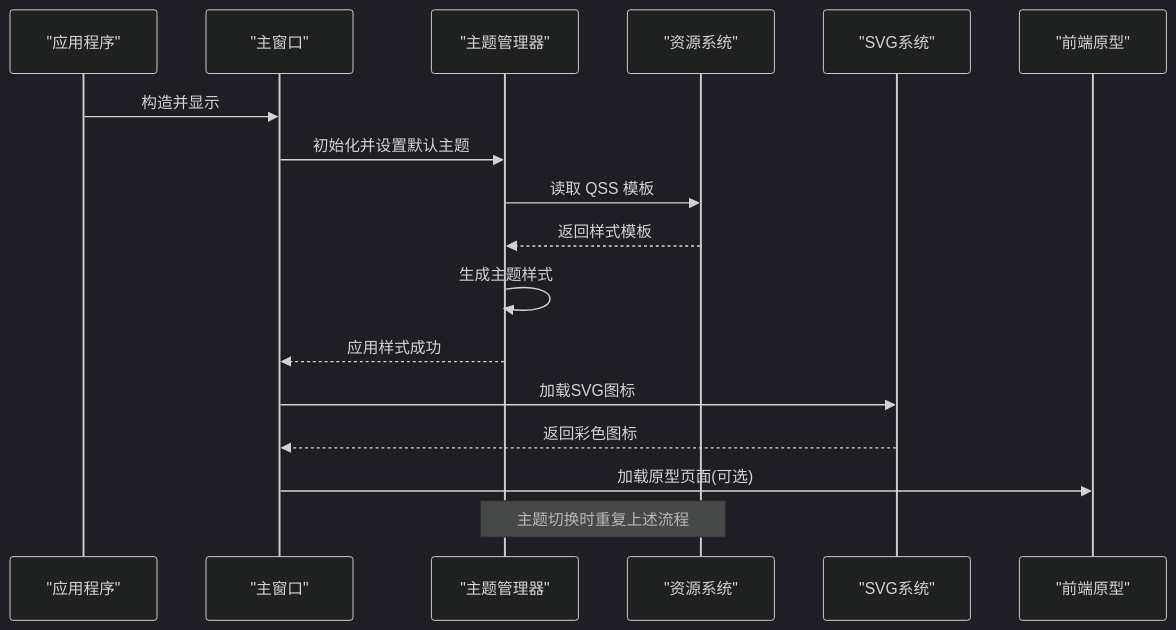
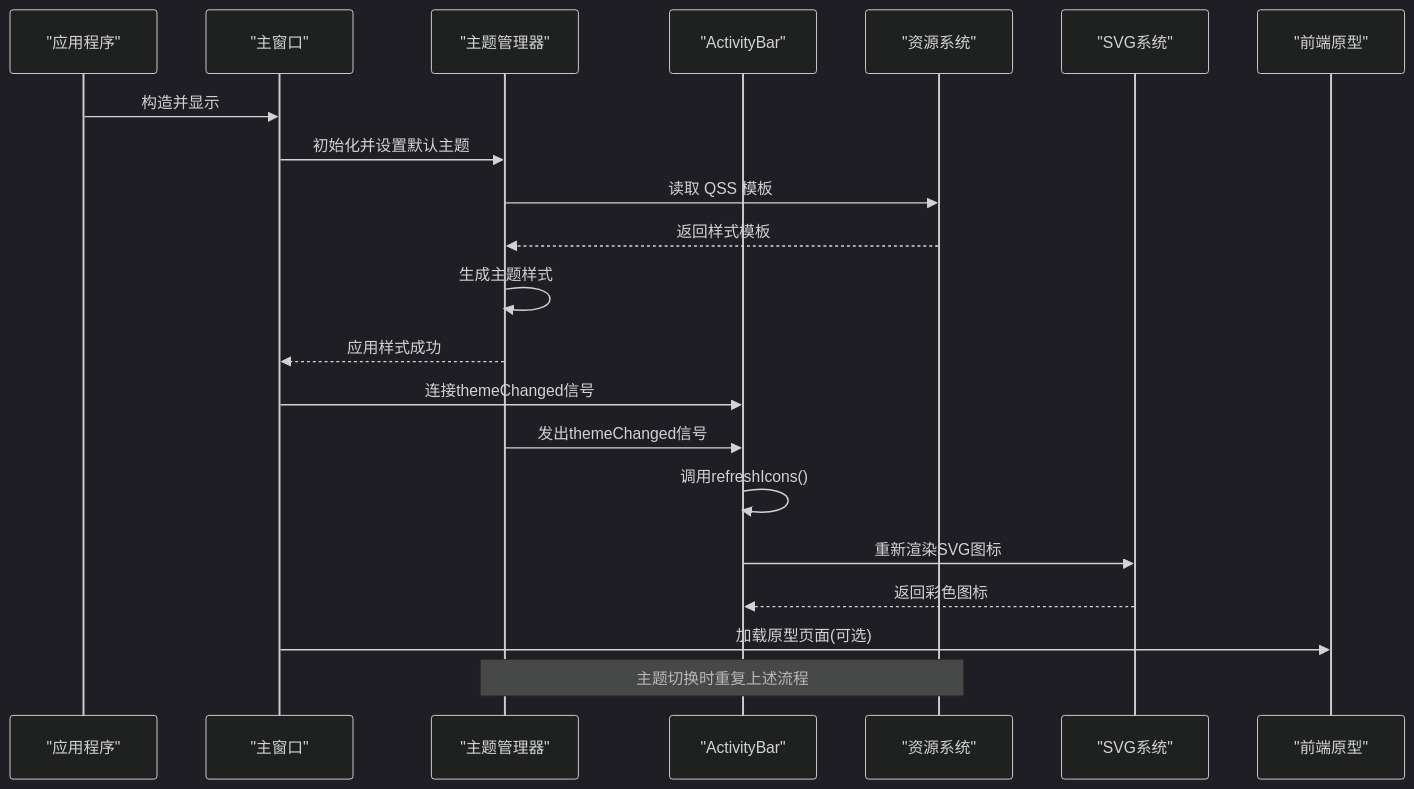
Before and after one commit to jakecai1225-design/OpenBus: the second of 7 diagrams in .qoder/repowiki/zh/content/样式系统/主题管理系统.md, drawn with Mermaid (dark theme). The commit also changed other lines of this file and 15 other files, not shown here.

````diff
--- a/.qoder/repowiki/zh/content/样式系统/主题管理系统.md
+++ b/.qoder/repowiki/zh/content/样式系统/主题管理系统.md
@@ -132,19 +148,23 @@
 ```mermaid
 sequenceDiagram
 participant App as "应用程序"
 participant MW as "主窗口"
 participant TM as "主题管理器"
+participant AB as "ActivityBar"
 participant RES as "资源系统"
 participant SVG as "SVG系统"
 participant UI as "前端原型"
 App->>MW : 构造并显示
 MW->>TM : 初始化并设置默认主题
 TM->>RES : 读取 QSS 模板
 RES-->>TM : 返回样式模板
 TM->>TM : 生成主题样式
 TM-->>MW : 应用样式成功
-MW->>SVG : 加载SVG图标
-SVG-->>MW : 返回彩色图标
+MW->>AB : 连接themeChanged信号
+TM->>AB : 发出themeChanged信号
+AB->>AB : 调用refreshIcons()
+AB->>SVG : 重新渲染SVG图标
+SVG-->>AB : 返回彩色图标
 MW->>UI : 加载原型页面(可选)
 Note over TM,RES : 主题切换时重复上述流程
 ```
````
